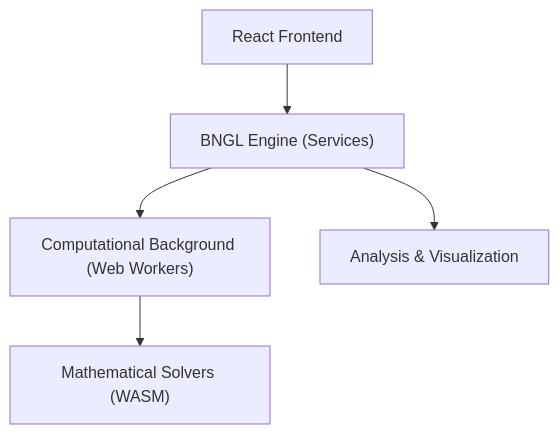
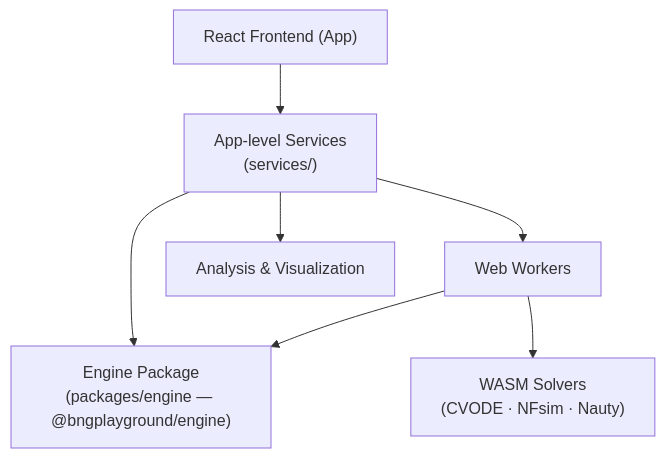
One commit to RuleWorld/bngplayground changed the diagram in README.md. Above: the diagram before and after it, drawn with Mermaid. The commit also changed other lines of this file, not shown here.

Commit message:
docs: update README for engine workspace structure and ruleworld fork

````diff
--- a/README.md
+++ b/README.md
@@ -125,13 +146,16 @@
 ```mermaid
 graph TD
-    UI["React Frontend"]
-    BNGL["BNGL Engine (Services)"]
-    Worker["Computational Background (Web Workers)"]
-    Solvers["Mathematical Solvers (WASM)"]
+    UI["React Frontend (App)"]
+    AppSvc["App-level Services\n(services/)"]
+    Engine["Engine Package\n(packages/engine — @bngplayground/engine)"]
+    Worker["Web Workers"]
+    Solvers["WASM Solvers\n(CVODE · NFsim · Nauty)"]
     Analysis["Analysis & Visualization"]
 
-    UI --> BNGL
-    BNGL --> Worker
+    UI --> AppSvc
+    AppSvc --> Engine
+    AppSvc --> Worker
+    Worker --> Engine
     Worker --> Solvers
-    BNGL --> Analysis
+    AppSvc --> Analysis
 ```
````
